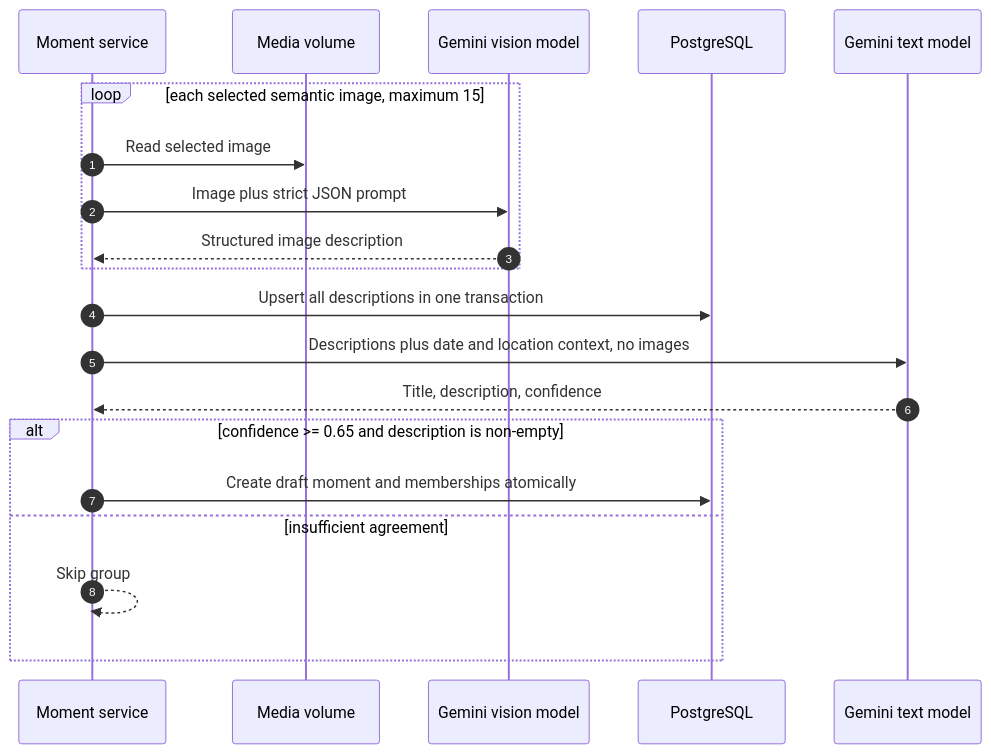
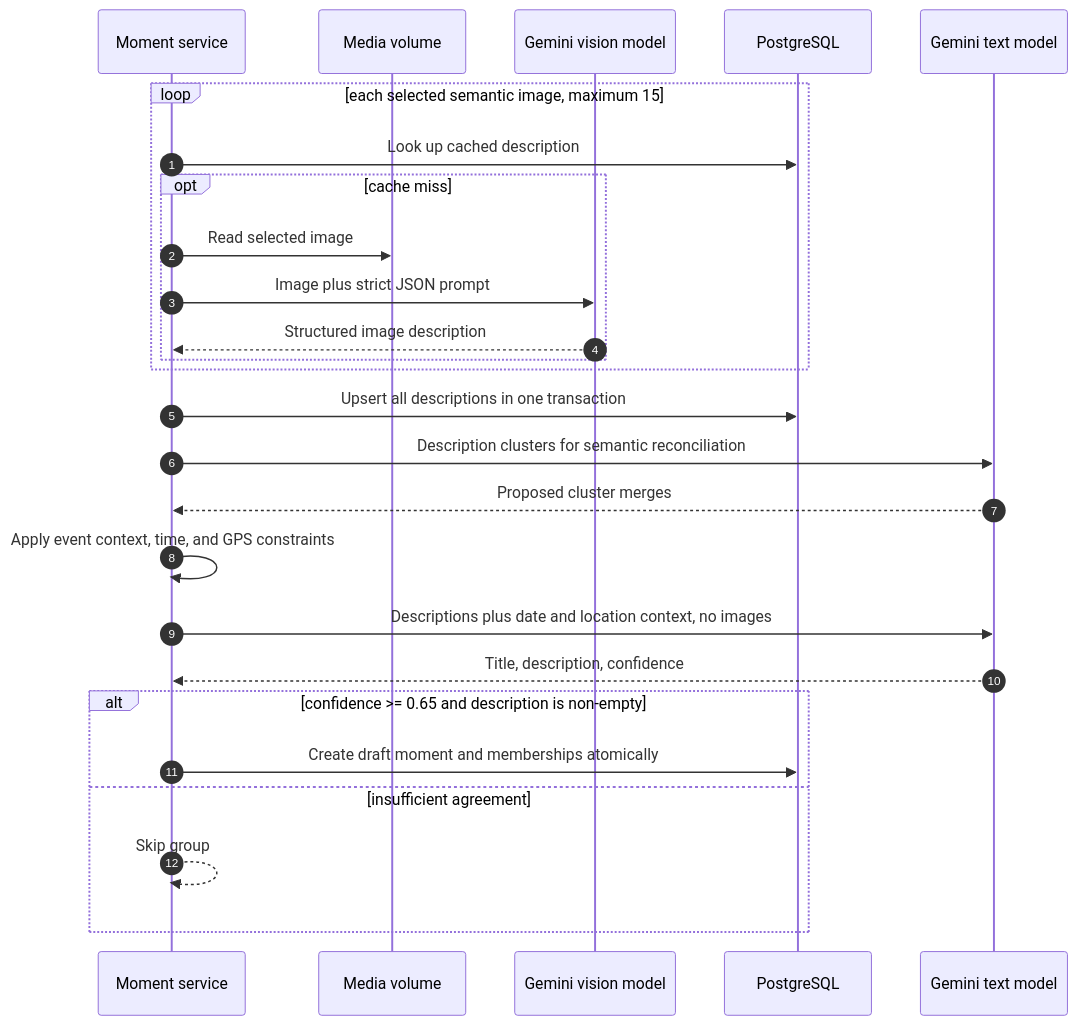
The seventh of 9 diagrams in docs/photo_moments.md (pal-paul/pal-next-gallery-server), drawn with Mermaid before and after one commit. The commit also changed other lines of this file and 8 other files, not shown here.

````diff
--- a/docs/photo_moments.md
+++ b/docs/photo_moments.md
@@ -336,23 +349,29 @@
 ```mermaid
 sequenceDiagram
     autonumber
     participant Moments as Moment service
     participant Media as Media volume
     participant Vision as Gemini vision model
     participant DB as PostgreSQL
     participant Text as Gemini text model
 
     loop each selected semantic image, maximum 15
-        Moments->>Media: Read selected image
-        Moments->>Vision: Image plus strict JSON prompt
-        Vision-->>Moments: Structured image description
+        Moments->>DB: Look up cached description
+        opt cache miss
+            Moments->>Media: Read selected image
+            Moments->>Vision: Image plus strict JSON prompt
+            Vision-->>Moments: Structured image description
+        end
     end
     Moments->>DB: Upsert all descriptions in one transaction
+    Moments->>Text: Description clusters for semantic reconciliation
+    Text-->>Moments: Proposed cluster merges
+    Moments->>Moments: Apply event context, time, and GPS constraints
     Moments->>Text: Descriptions plus date and location context, no images
     Text-->>Moments: Title, description, confidence
     alt confidence >= 0.65 and description is non-empty
         Moments->>DB: Create draft moment and memberships atomically
     else insufficient agreement
         Moments-->>Moments: Skip group
     end
 ```
````
